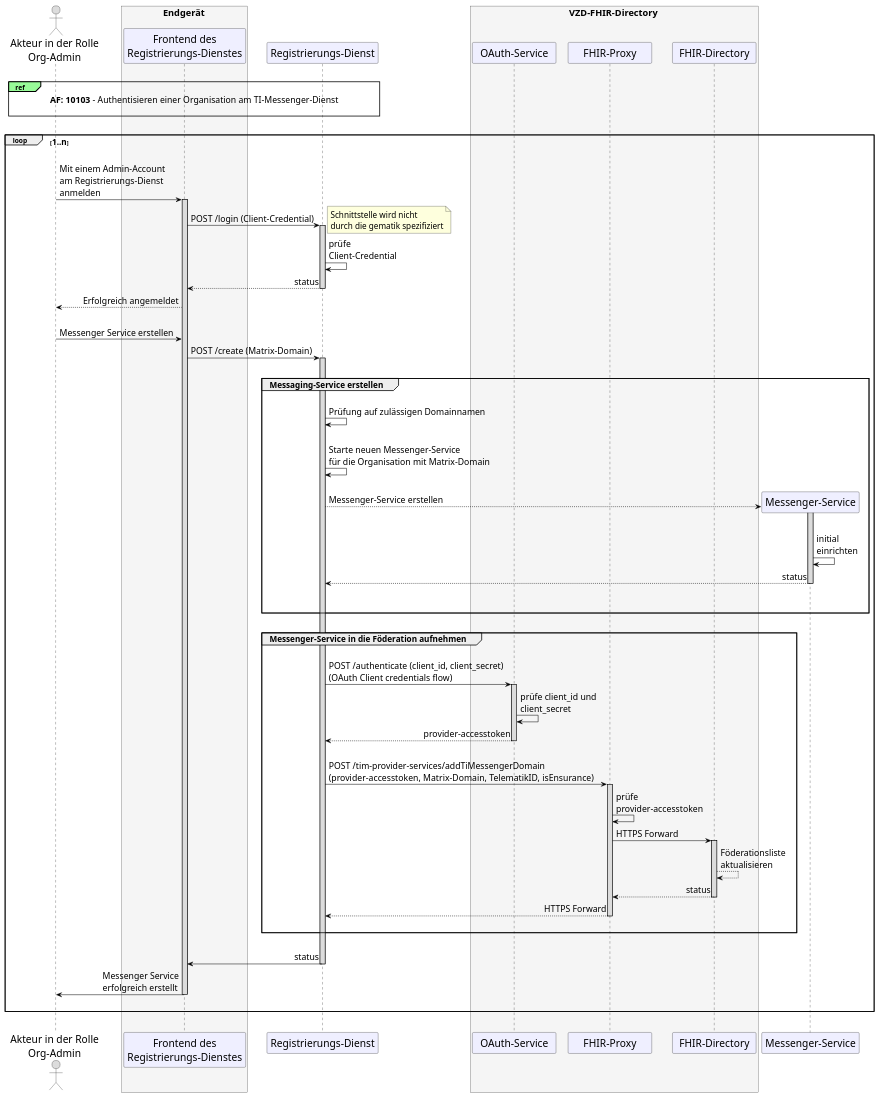
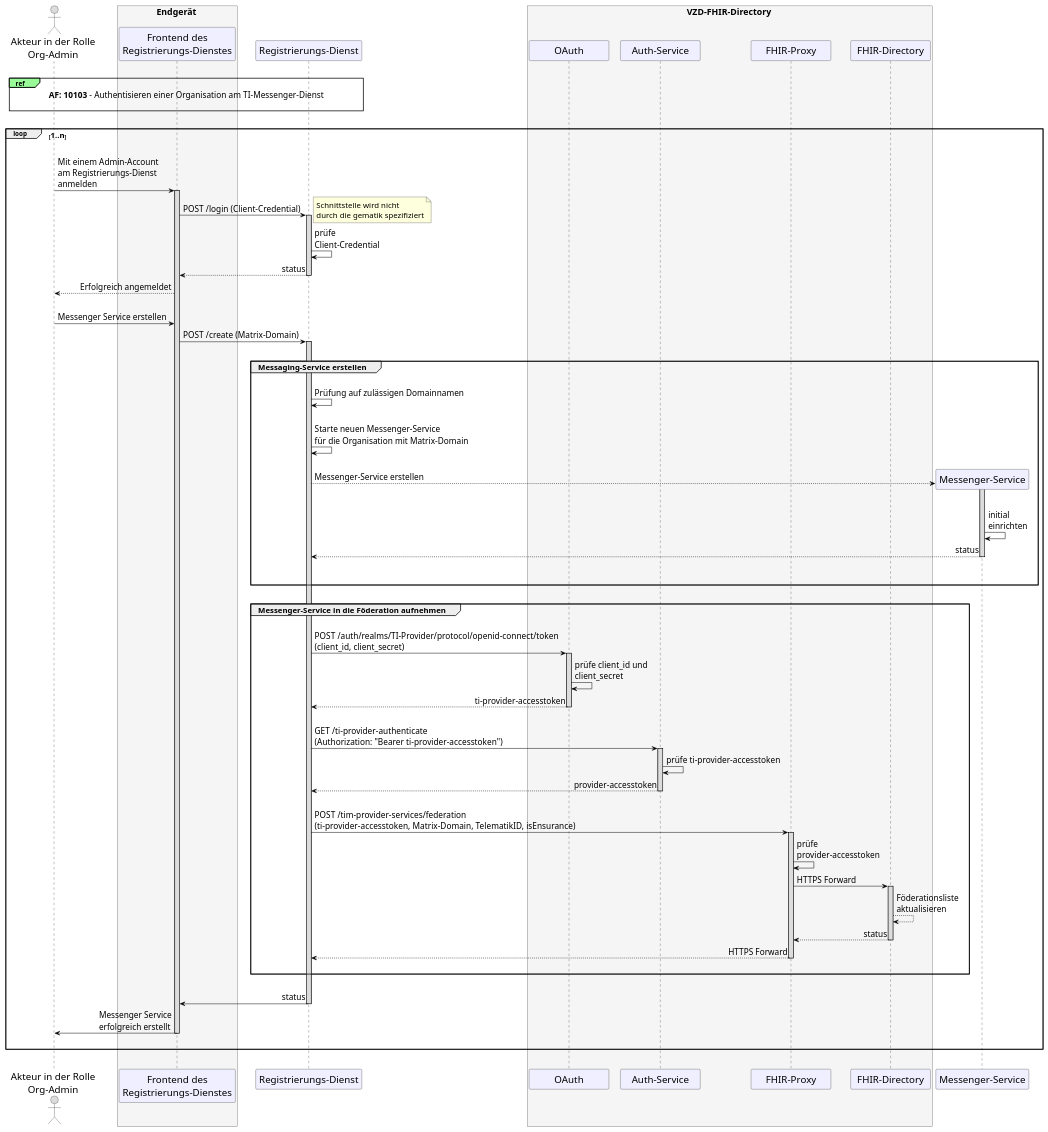
The diagram in src/plantuml/TI-Messenger-Dienst/Ressourcen/UC_10060_Seq.puml (gematik/api-ti-messenger), drawn with PlantUML before and after one commit.

```diff
--- a/src/plantuml/TI-Messenger-Dienst/Ressourcen/UC_10060_Seq.puml
+++ b/src/plantuml/TI-Messenger-Dienst/Ressourcen/UC_10060_Seq.puml
@@ -9,110 +9,117 @@
 @startuml
 skinparam sequenceMessageAlign direction
 skinparam WrapWidth 300
 skinparam minClassWidth 150
 skinparam BoxPadding 1
 skinparam sequenceReferenceHeaderBackgroundColor palegreen
 scale max 2048 width
 
 skinparam sequence {
 ArrowColor black
 ArrowFontSize 17
 ActorBorderColor black
 LifeLineBorderColor black
 LifeLineBackgroundColor Gainsboro
 
 ParticipantBorderColor Motivation
 ParticipantBackgroundColor Motivation
 ParticipantFontName Impact
 ParticipantFontSize 20
 ParticipantFontColor black
 ParticipantBorderColor Black
 ParticipantBackgroundColor MOTIVATION
 
 ActorBackgroundColor Gainsboro
 ActorFontColor black
 ActorFontSize 20
 ActorFontName Aapex
 }
     actor U as "Akteur in der Rolle\nOrg-Admin"
     box <size:18>Endgerät</size> #WhiteSmoke
       participant C as "Frontend des\nRegistrierungs-Dienstes"
     end box
     participant R as "Registrierungs-Dienst"
     box <size:18>VZD-FHIR-Directory</size> #WhiteSmoke
-    participant Auth as "OAuth-Service"
+    participant Auth as "OAuth"
+    participant AuthService as "Auth-Service"
     participant FP as "FHIR-Proxy"
     participant VZD as "FHIR-Directory"
     end box
 
 |||
 ref over U, R: <size:17>**AF: 10103** - Authentisieren einer Organisation am TI-Messenger-Dienst</size>\n 
 |||
 
 loop <size:16>1..n</size>
   |||
   U->C: Mit einem Admin-Account \nam Registrierungs-Dienst \nanmelden
     Activate C
   C->R: POST /login (Client-Credential)
   note right: <size:16>Schnittstelle wird nicht \n<size:16>durch die gematik spezifiziert</size>
     Activate R
   R->R: prüfe \nClient-Credential
   R-->C: status
     Deactivate R
   C-->U: Erfolgreich angemeldet
   |||
   U->C: Messenger Service erstellen
   C->R: POST /create (Matrix-Domain)
     Activate R
     
     |||
     group <size:16>Messaging-Service erstellen</size>
     |||
       R->R: Prüfung auf zulässigen Domainnamen
       |||
       R->R: Starte neuen Messenger-Service \nfür die Organisation mit Matrix-Domain
       |||
         create "Messenger-Service"
           R-->"Messenger-Service" : Messenger-Service erstellen 
         Activate "Messenger-Service"
       |||
       "Messenger-Service"->"Messenger-Service": initial \neinrichten
       "Messenger-Service"-->R: status
       |||
         Deactivate "Messenger-Service"
     |||
     end
     
     |||
     
     group <size:16>Messenger-Service in die Föderation aufnehmen</size>
     |||
-      R->Auth: POST /authenticate (client_id, client_secret) \n(OAuth Client credentials flow)
+      R->Auth: POST /auth/realms/TI-Provider/protocol/openid-connect/token \n(client_id, client_secret) 
         Activate Auth
       Auth->Auth: prüfe client_id und \nclient_secret
-      Auth-->R: provider-accesstoken
+      Auth-->R: ti-provider-accesstoken
         Deactivate Auth
       |||
-      R->FP: POST /tim-provider-services/addTiMessengerDomain \n(provider-accesstoken, Matrix-Domain, TelematikID, isEnsurance)
+      R->AuthService: GET /ti-provider-authenticate \n(Authorization: "Bearer ti-provider-accesstoken")
+        Activate AuthService
+      AuthService->AuthService: prüfe ti-provider-accesstoken
+      AuthService-->R: provider-accesstoken
+        Deactivate AuthService
+      |||
+      R->FP: POST /tim-provider-services/federation \n(ti-provider-accesstoken, Matrix-Domain, TelematikID, isEnsurance)
         Activate FP
       FP->FP: prüfe \nprovider-accesstoken
       FP->VZD: HTTPS Forward
         Activate VZD
       VZD-->VZD: Föderationsliste\naktualisieren
       VZD-->FP: status
         Deactivate VZD
       FP-->R: HTTPS Forward
         Deactivate FP
 
     |||
     end
 
   |||
   R->C: status
     Deactivate R
   C->U: Messenger Service \nerfolgreich erstellt
     Deactivate C
   |||
 end
 |||
 @enduml
```
